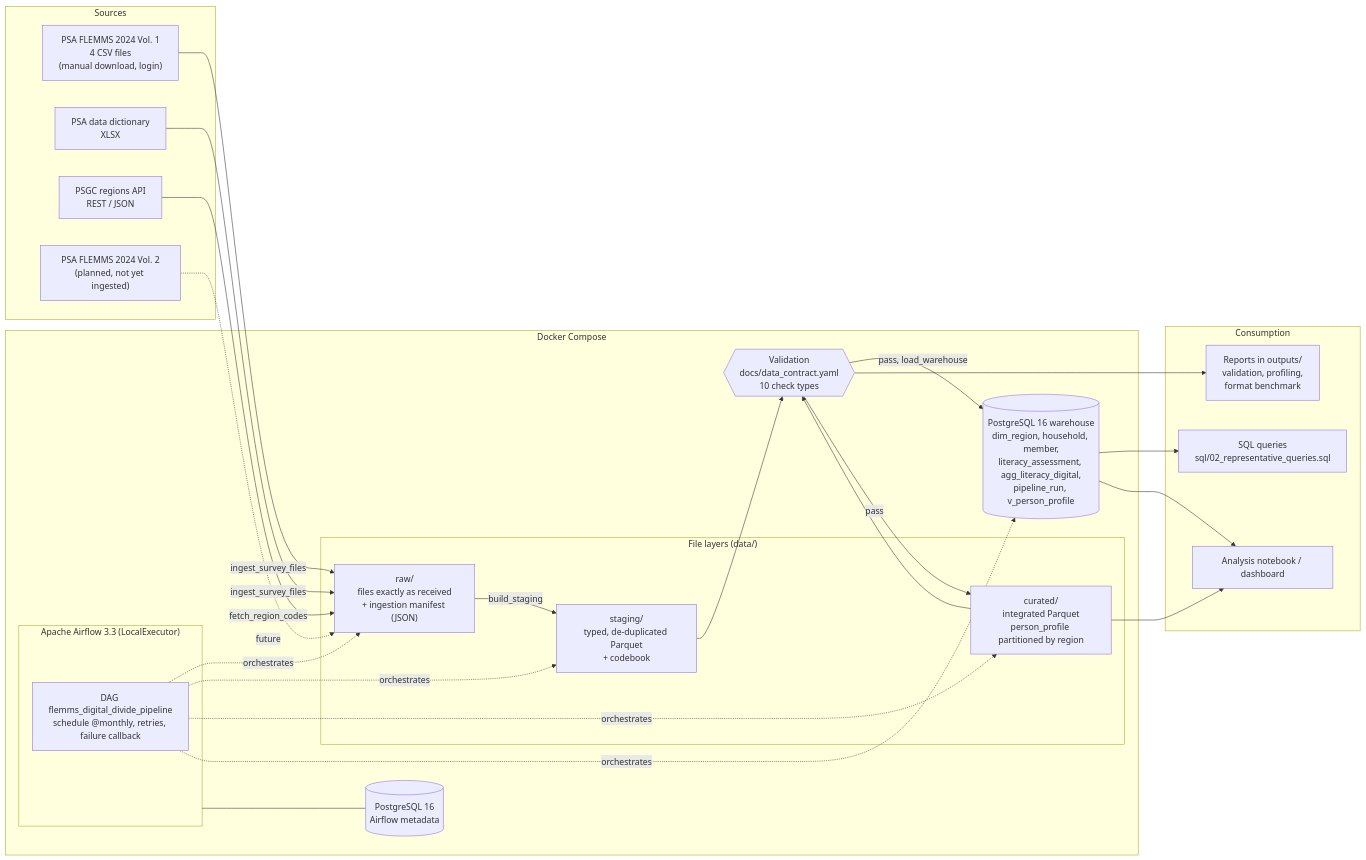
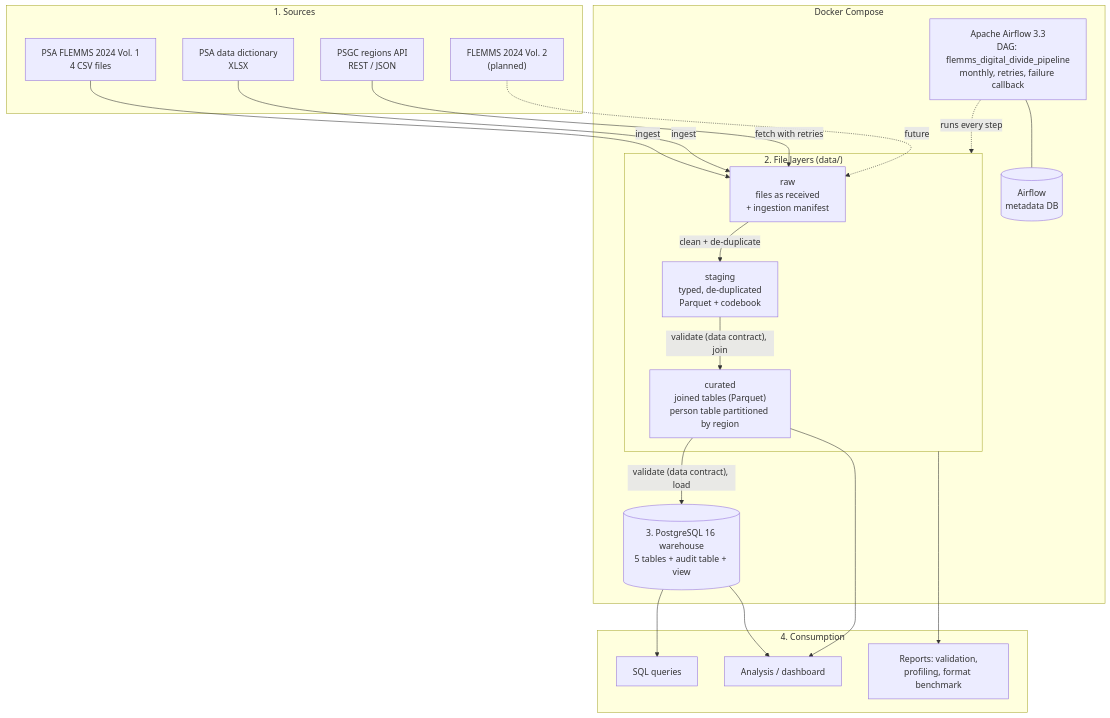
Before and after one commit to memorandavid-dotcom/flemms_digital_divide_project: the diagram in docs/architecture.md, drawn with Mermaid. The commit also changed 7 other files, not shown here.

First line of the commit message:
Add PNG versions of the diagrams for slides and the report

````diff
--- a/docs/architecture.md
+++ b/docs/architecture.md
@@ -5,50 +7,40 @@
 ```mermaid
-flowchart LR
-    subgraph SRC["Sources"]
-        S1["PSA FLEMMS 2024 Vol. 1<br/>4 CSV files<br/>(manual download, login)"]
+flowchart TB
+    subgraph SRC["1. Sources"]
+        S1["PSA FLEMMS 2024 Vol. 1<br/>4 CSV files"]
         S1B["PSA data dictionary<br/>XLSX"]
         S3["PSGC regions API<br/>REST / JSON"]
-        S2["PSA FLEMMS 2024 Vol. 2<br/>(planned, not yet ingested)"]
+        S2["FLEMMS 2024 Vol. 2<br/>(planned)"]
     end
 
     subgraph DOCKER["Docker Compose"]
-        subgraph AF["Apache Airflow 3.3 (LocalExecutor)"]
-            DAG["DAG flemms_digital_divide_pipeline<br/>schedule @monthly, retries, failure callback"]
+        AF["Apache Airflow 3.3<br/>DAG: flemms_digital_divide_pipeline<br/>monthly, retries, failure callback"]
+        META[("Airflow<br/>metadata DB")]
+        subgraph LAKE["2. File layers (data/)"]
+            RAW["raw<br/>files as received<br/>+ ingestion manifest"]
+            STG["staging<br/>typed, de-duplicated<br/>Parquet + codebook"]
+            CUR["curated<br/>joined tables (Parquet)<br/>person table partitioned by region"]
         end
-
-        subgraph LAKE["File layers (data/)"]
-            RAW["raw/<br/>files exactly as received<br/>+ ingestion manifest (JSON)"]
-            STG["staging/<br/>typed, de-duplicated Parquet<br/>+ codebook"]
-            CUR["curated/<br/>integrated Parquet<br/>person_profile partitioned by region"]
-        end
-
-        VAL{{"Validation<br/>docs/data_contract.yaml<br/>10 check types"}}
-        PG[("PostgreSQL 16 warehouse<br/>dim_region, household, member,<br/>literacy_assessment, agg_literacy_digital,<br/>pipeline_run, v_person_profile")]
-        META[("PostgreSQL 16<br/>Airflow metadata")]
+        PG[("3. PostgreSQL 16 warehouse<br/>5 tables + audit table + view")]
     end
 
-    subgraph USE["Consumption"]
-        SQL["SQL queries<br/>sql/02_representative_queries.sql"]
-        NB["Analysis notebook / dashboard"]
-        REP["Reports in outputs/<br/>validation, profiling,<br/>format benchmark"]
+    subgraph USE["4. Consumption"]
+        SQL["SQL queries"]
+        NB["Analysis / dashboard"]
+        REP["Reports: validation,<br/>profiling, format benchmark"]
     end
 
-    S1 -->|ingest_survey_files| RAW
-    S1B -->|ingest_survey_files| RAW
-    S3 -->|fetch_region_codes| RAW
+    S1 -->|ingest| RAW
+    S1B -->|ingest| RAW
+    S3 -->|fetch with retries| RAW
     S2 -.->|future| RAW
-    RAW -->|build_staging| STG
-    STG --> VAL
-    VAL -->|pass| CUR
-    CUR --> VAL
-    VAL -->|pass, load_warehouse| PG
+    RAW -->|clean + de-duplicate| STG
+    STG -->|"validate (data contract), join"| CUR
+    CUR -->|"validate (data contract), load"| PG
     PG --> SQL
+    PG --> NB
     CUR --> NB
-    PG --> NB
-    VAL --> REP
-    DAG -. orchestrates .-> RAW
-    DAG -. orchestrates .-> STG
-    DAG -. orchestrates .-> CUR
-    DAG -. orchestrates .-> PG
+    LAKE --> REP
+    AF -.->|runs every step| LAKE
     AF --- META
 ```
````
